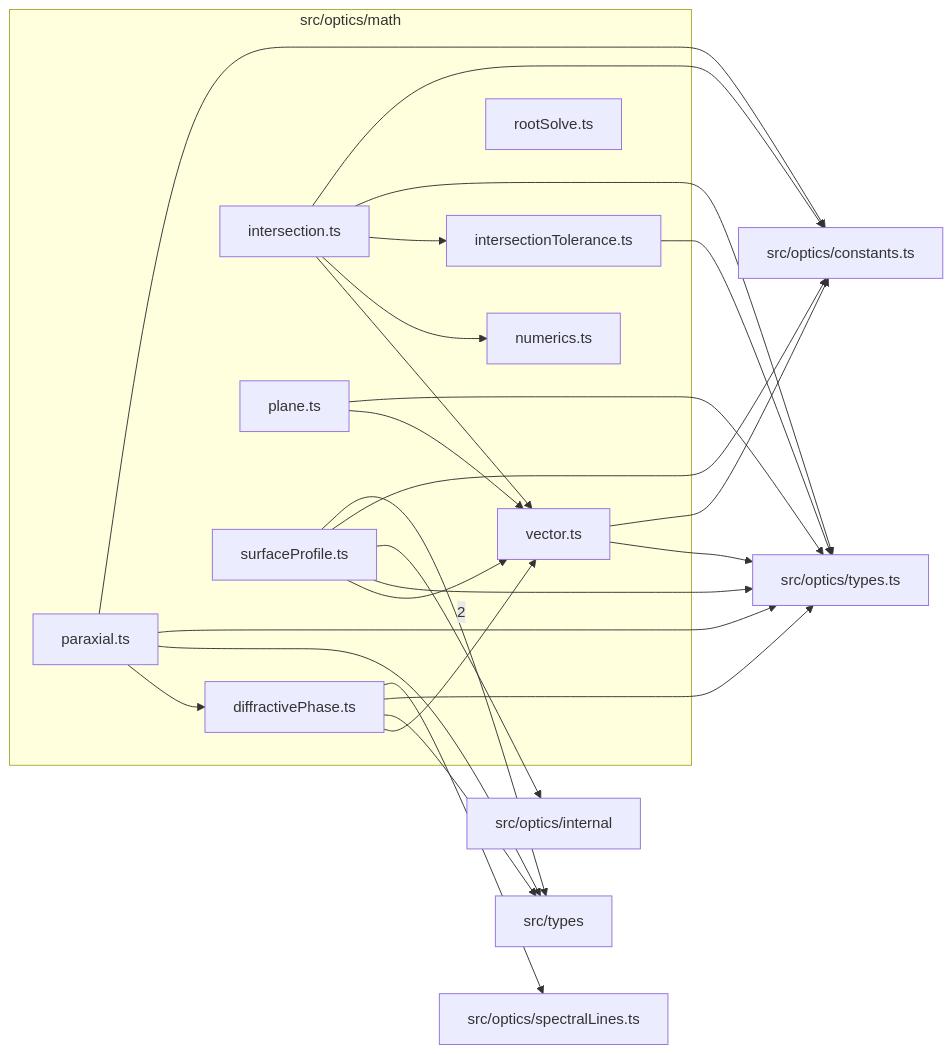
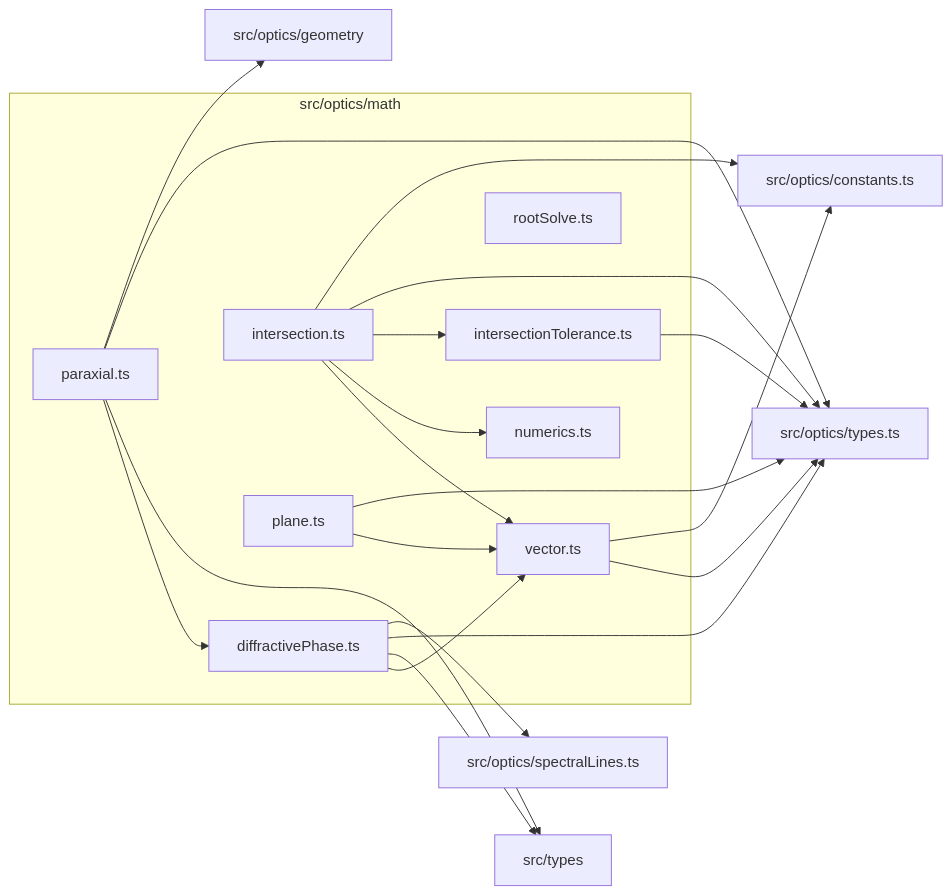
One commit to BeamFour/LensVisualizer changed the diagram in src/optics/math/readme.md. Above: the diagram before and after it, drawn with Mermaid. The commit also changed other lines of this file and 54 other files, not shown here.

Commit message:
S3.P1.T1 One surface-geometry module (#786)

````diff
--- a/src/optics/math/readme.md
+++ b/src/optics/math/readme.md
@@ -9,42 +9,36 @@
 ```mermaid
 flowchart LR
   subgraph n_src_optics_math["src/optics/math"]
     n_src_optics_math_src_optics_math_diffractivePhase_ts["diffractivePhase.ts"]
     n_src_optics_math_src_optics_math_intersection_ts["intersection.ts"]
     n_src_optics_math_src_optics_math_intersectionTolerance_ts["intersectionTolerance.ts"]
     n_src_optics_math_src_optics_math_numerics_ts["numerics.ts"]
     n_src_optics_math_src_optics_math_paraxial_ts["paraxial.ts"]
     n_src_optics_math_src_optics_math_plane_ts["plane.ts"]
     n_src_optics_math_src_optics_math_rootSolve_ts["rootSolve.ts"]
-    n_src_optics_math_src_optics_math_surfaceProfile_ts["surfaceProfile.ts"]
     n_src_optics_math_src_optics_math_vector_ts["vector.ts"]
   end
-  n_external_src_types["src/types"]
   n_external_src_optics_constants_ts["src/optics/constants.ts"]
-  n_external_src_optics_internal["src/optics/internal"]
+  n_external_src_optics_geometry["src/optics/geometry"]
   n_external_src_optics_spectralLines_ts["src/optics/spectralLines.ts"]
   n_external_src_optics_types_ts["src/optics/types.ts"]
-  n_src_optics_math_src_optics_math_surfaceProfile_ts --> |2| n_external_src_types
+  n_external_src_types["src/types"]
   n_src_optics_math_src_optics_math_intersection_ts --> n_external_src_optics_constants_ts
-  n_src_optics_math_src_optics_math_paraxial_ts --> n_external_src_optics_constants_ts
-  n_src_optics_math_src_optics_math_surfaceProfile_ts --> n_external_src_optics_constants_ts
   n_src_optics_math_src_optics_math_vector_ts --> n_external_src_optics_constants_ts
-  n_src_optics_math_src_optics_math_surfaceProfile_ts --> n_external_src_optics_internal
+  n_src_optics_math_src_optics_math_paraxial_ts --> n_external_src_optics_geometry
   n_src_optics_math_src_optics_math_diffractivePhase_ts --> n_external_src_optics_spectralLines_ts
   n_src_optics_math_src_optics_math_diffractivePhase_ts --> n_external_src_optics_types_ts
   n_src_optics_math_src_optics_math_intersection_ts --> n_external_src_optics_types_ts
   n_src_optics_math_src_optics_math_intersectionTolerance_ts --> n_external_src_optics_types_ts
   n_src_optics_math_src_optics_math_paraxial_ts --> n_external_src_optics_types_ts
   n_src_optics_math_src_optics_math_plane_ts --> n_external_src_optics_types_ts
-  n_src_optics_math_src_optics_math_surfaceProfile_ts --> n_external_src_optics_types_ts
   n_src_optics_math_src_optics_math_vector_ts --> n_external_src_optics_types_ts
   n_src_optics_math_src_optics_math_diffractivePhase_ts --> n_external_src_types
   n_src_optics_math_src_optics_math_paraxial_ts --> n_external_src_types
   n_src_optics_math_src_optics_math_paraxial_ts --> n_src_optics_math_src_optics_math_diffractivePhase_ts
   n_src_optics_math_src_optics_math_intersection_ts --> n_src_optics_math_src_optics_math_intersectionTolerance_ts
   n_src_optics_math_src_optics_math_intersection_ts --> n_src_optics_math_src_optics_math_numerics_ts
   n_src_optics_math_src_optics_math_diffractivePhase_ts --> n_src_optics_math_src_optics_math_vector_ts
   n_src_optics_math_src_optics_math_intersection_ts --> n_src_optics_math_src_optics_math_vector_ts
   n_src_optics_math_src_optics_math_plane_ts --> n_src_optics_math_src_optics_math_vector_ts
-  n_src_optics_math_src_optics_math_surfaceProfile_ts --> n_src_optics_math_src_optics_math_vector_ts
 ```
````
